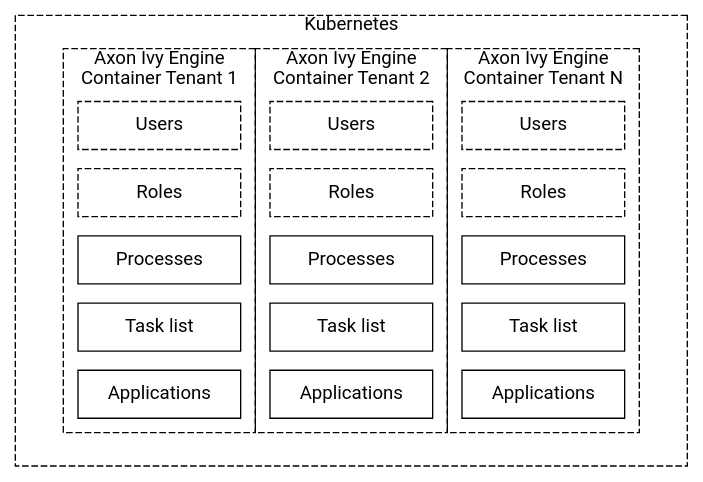
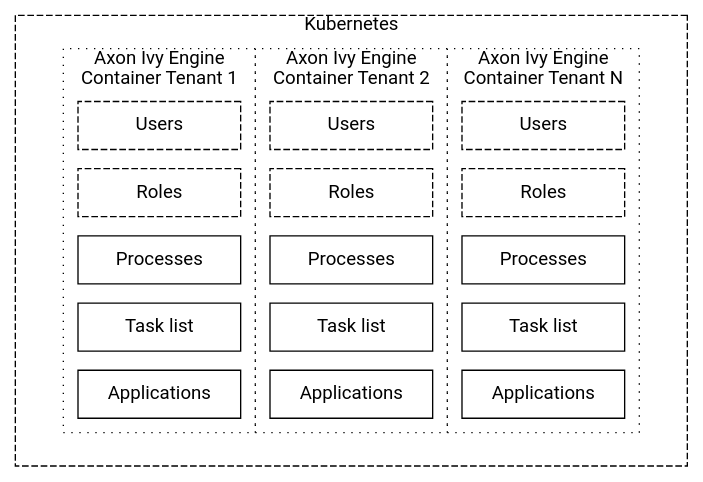
One commit to bernhardAxonIvy/doc changed the diagram in source/concepts/multi-tenancy/multiple-engines.dot. Above: the diagram before and after it, drawn with Graphviz.

Commit message:
XIVY-9206 updated incorrectly rendered diagram.

```diff
--- a/source/concepts/multi-tenancy/multiple-engines.dot
+++ b/source/concepts/multi-tenancy/multiple-engines.dot
@@ -1,29 +1,30 @@
 digraph engine {
   layout=neato;
-  node [shape=box, fontname="Roboto,Helvetica Neue,Arial,sans-serif", fixedsize="true", margin=0.1, width="1.7", height="0.5"]; 
+  node [shape=box, fontname="Roboto,Helvetica Neue,Arial,sans-serif", fixedsize="true", margin="0.1", width="1.7", height="0.5"]; 
   
   /* nodes */
   kubernetes [ label="Kubernetes", pos="0,0!" width=7 height=4.7 style="dashed" fontcolor="black" labelloc="t"];
 
-  engine1 [ label="Axon Ivy Engine\nContainer Tenant 1", pos="-2,0.0!" width=2 height=4 style="dashed" fontcolor="black" labelloc="t"];
-  engine2 [ label="Axon Ivy Engine\nContainer Tenant 2", pos="0,0.0!" width=2 height=4 style="dashed" fontcolor="black" labelloc="t"];
-  engineN [ label="Axon Ivy Engine\nContainer Tenant N", pos="2,0.0!" width=2 height=4 style="dashed" fontcolor="black" labelloc="t"];
+  engine1 [ label="Axon Ivy Engine\nContainer Tenant 1", pos="-2,0.0!" width=2 height=4 style="dotted" fontcolor="black" labelloc="t"];
+  engine2 [ label="Axon Ivy Engine\nContainer Tenant 2", pos="0,0.0!"  width=2 height=4 style="dotted" fontcolor="black" labelloc="t"];
+  engineN [ label="Axon Ivy Engine\nContainer Tenant N", pos="2,0.0!"  width=2 height=4 style="dotted" fontcolor="black" labelloc="t"];
 
-  users1 [ label="Users",                                pos="-2,1.2!", style="dashed" fontcolor="black"];
-  roles1 [ label="Roles",                                pos="-2,0.5!", style="dashed" fontcolor="black"];
-  processes1 [ label="Processes",                        pos="-2,-0.2!"];
-  tasklist1 [ label="Task list",                         pos="-2,-0.9!"];
-  applications1 [ label="Applications",                  pos="-2,-1.6!"];
+  users1        [ label="Users",                         pos="-2,1.2!",  width="1.7", height="0.5", style="dashed" fontcolor="black"];
+  roles1        [ label="Roles",                         pos="-2,0.5!",  width="1.7", height="0.5", style="dashed" fontcolor="black"];
+  processes1    [ label="Processes",                     pos="-2,-0.2!", width="1.7", height="0.5"];
+  tasklist1     [ label="Task list",                     pos="-2,-0.9!", width="1.7", height="0.5"];
+  applications1 [ label="Applications",                  pos="-2,-1.6!", width="1.7", height="0.5"];
 
-  users2 [ label="Users",                                pos="0,1.2!", style="dashed" fontcolor="black"];
-  roles2 [ label="Roles",                                pos="0,0.5!", style="dashed" fontcolor="black"];
-  processes2 [ label="Processes",                        pos="0,-0.2!"];
-  tasklist2 [ label="Task list",                         pos="0,-0.9!"];
-  applications2 [ label="Applications",                  pos="0,-1.6!"];
+  users2        [ label="Users",                         pos="0,1.2!",  width="1.7", height="0.5", style="dashed" fontcolor="black"];
+  roles2        [ label="Roles",                         pos="0,0.5!",  width="1.7", height="0.5", style="dashed" fontcolor="black"];
+  processes2    [ label="Processes",                     pos="0,-0.2!", width="1.7", height="0.5"];
+  tasklist2     [ label="Task list",                     pos="0,-0.9!", width="1.7", height="0.5"];
+  applications2 [ label="Applications",                  pos="0,-1.6!", width="1.7", height="0.5"];
 
-  usersN [ label="Users",                                pos="2,1.2!", style="dashed" fontcolor="black"];
-  rolesN [ label="Roles",                                pos="2,0.5!", style="dashed" fontcolor="black"];
-  processesN [ label="Processes",                        pos="2,-0.2!"];
-  tasklistN [ label="Task list",                         pos="2,-0.9!"];
-  applicationsN [ label="Applications",                  pos="2,-1.6!"];
+  usersN        [ label="Users",                         pos="2,1.2!",  width="1.7", height="0.5", style="dashed" fontcolor="black"];
+  rolesN        [ label="Roles",                         pos="2,0.5!",  width="1.7", height="0.5", style="dashed" fontcolor="black"];
+  processesN    [ label="Processes",                     pos="2,-0.2!", width="1.7", height="0.5"];
+  tasklistN     [ label="Task list",                     pos="2,-0.9!", width="1.7", height="0.5"];
+  applicationsN [ label="Applications",                  pos="2,-1.6!", width="1.7", height="0.5"];
+
 }
```
